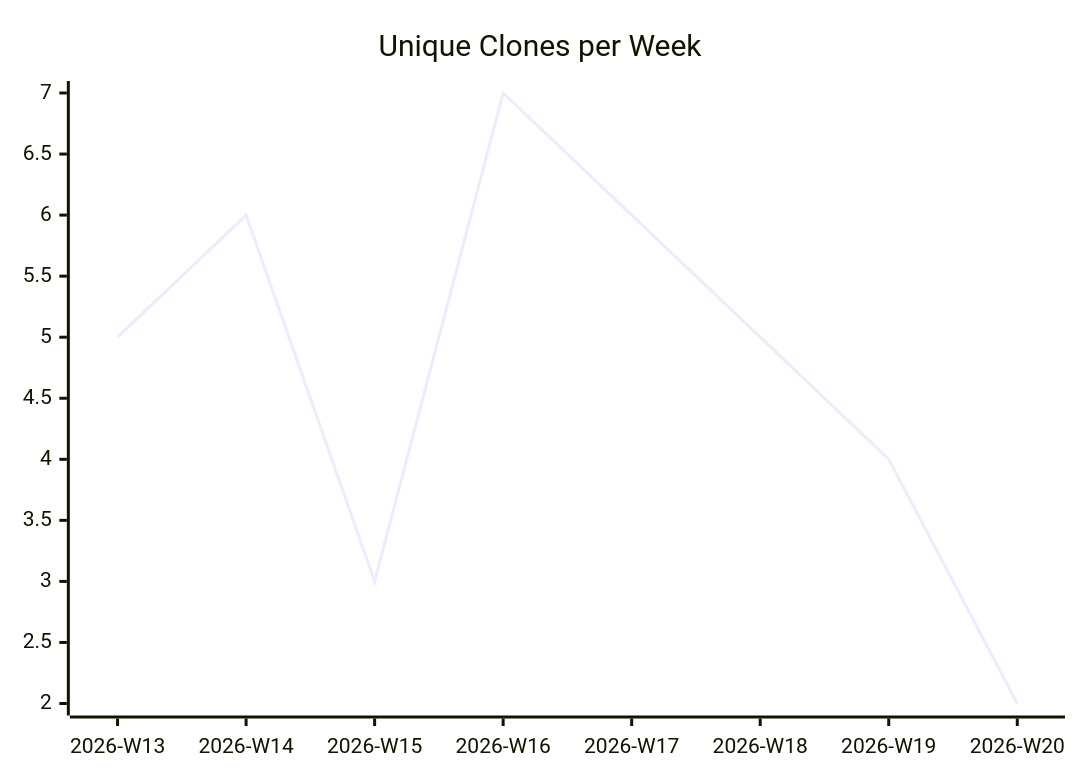
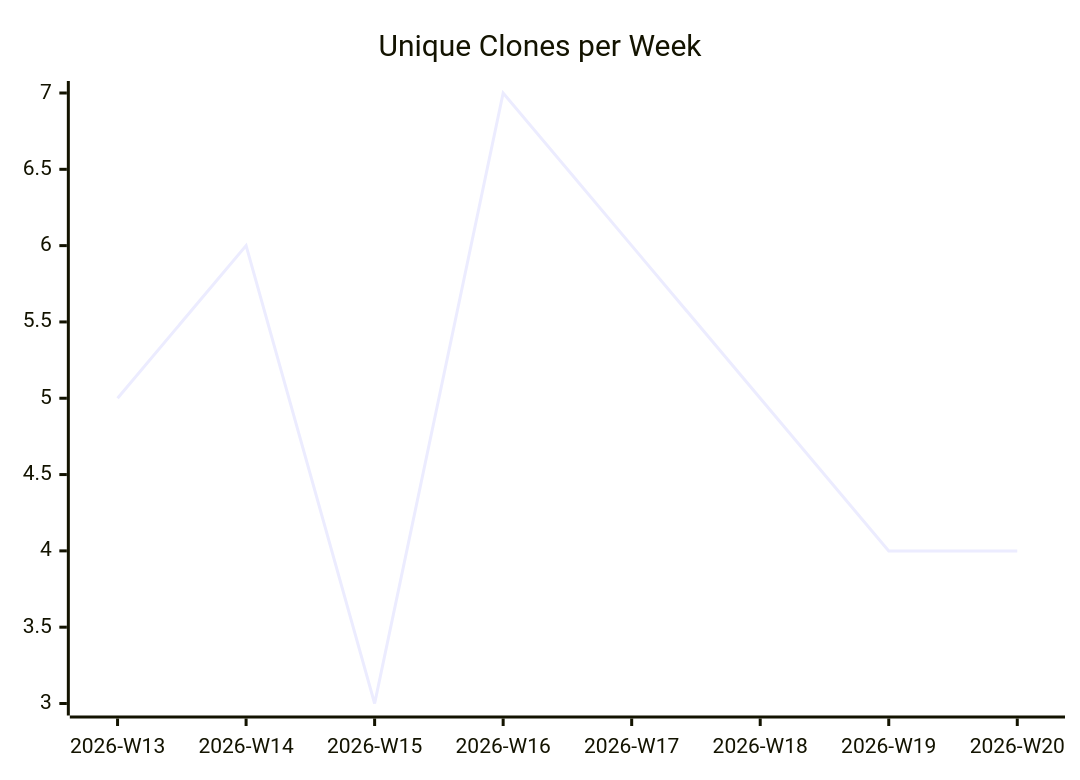
The third of 3 diagrams in karlmdavis/kxml2/README.md (justdavis-family/github-analytics-data), drawn with Mermaid before and after one commit. The commit also changed other lines of this file and 192 other files, not shown here.

````diff
--- a/karlmdavis/kxml2/README.md
+++ b/karlmdavis/kxml2/README.md
@@ -19,6 +19,6 @@
 ```mermaid
 xychart-beta
   title "Unique Clones per Week"
   x-axis ["2026-W13", "2026-W14", "2026-W15", "2026-W16", "2026-W17", "2026-W18", "2026-W19", "2026-W20"]
-  line [5, 6, 3, 7, 6, 5, 4, 2]
+  line [5, 6, 3, 7, 6, 5, 4, 4]
 ```
````
